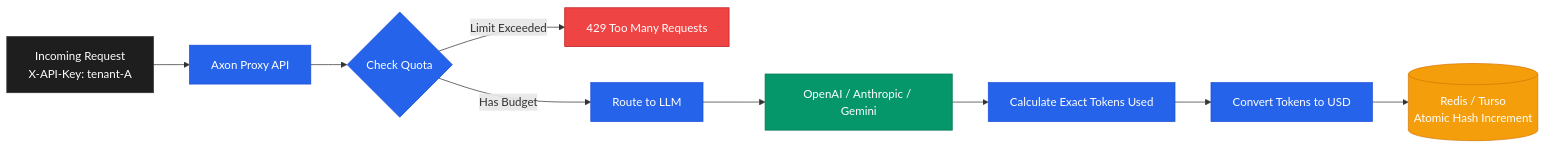
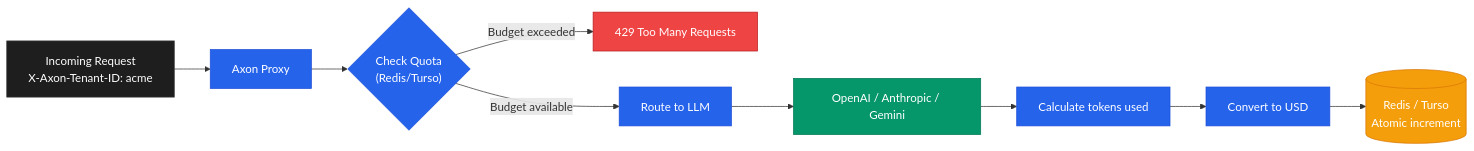
Before and after one commit to chaitanya-sharmaa/axon: the second of 2 diagrams in docs/03-core-concepts.md, drawn with Mermaid. The commit also changed other lines of this file and 18 other files, not shown here.

````diff
--- a/docs/03-core-concepts.md
+++ b/docs/03-core-concepts.md
@@ -111,18 +111,18 @@
 ```mermaid
 graph LR
-    Req["Incoming Request<br/>X-API-Key: tenant-A"]:::client --> Gateway["Axon Proxy API"]:::axon
-    Gateway --> Check{"Check Quota"}:::axon
-    Check -->|"Limit Exceeded"| Rej["429 Too Many Requests"]:::error
-    Check -->|"Has Budget"| Route["Route to LLM"]:::axon
-    
+    Req["Incoming Request<br/>X-Axon-Tenant-ID: acme"]:::client --> Gateway["Axon Proxy"]:::axon
+    Gateway --> Check{"Check Quota<br/>(Redis/Turso)"}:::axon
+    Check -->|"Budget exceeded"| Rej["429 Too Many Requests"]:::error
+    Check -->|"Budget available"| Route["Route to LLM"]:::axon
+
     Route --> LLM["OpenAI / Anthropic / Gemini"]:::llm
-    LLM --> Calc["Calculate Exact Tokens Used"]:::axon
-    Calc --> Cost["Convert Tokens to USD"]:::axon
-    Cost --> Redis[("Redis / Turso<br/>Atomic Hash Increment")]:::db
+    LLM --> Calc["Calculate tokens used"]:::axon
+    Calc --> Cost["Convert to USD"]:::axon
+    Cost --> Store[("Redis / Turso<br/>Atomic increment")]:::db
 
     classDef client fill:#1e1e1e,stroke:#333,color:#fff
     classDef axon fill:#2563eb,stroke:#1d4ed8,color:#fff
     classDef error fill:#ef4444,stroke:#b91c1c,color:#fff
     classDef llm fill:#059669,stroke:#047857,color:#fff
     classDef db fill:#f59e0b,stroke:#d97706,color:#fff
 ```
````
